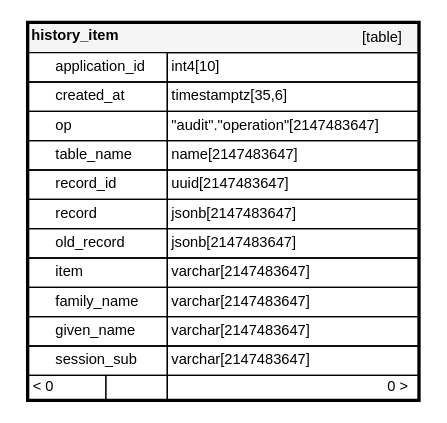
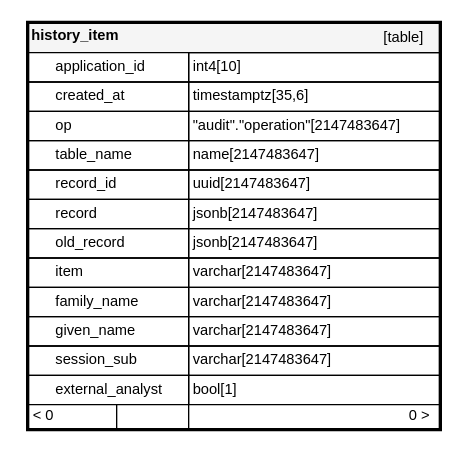
The diagram in schemaspy/ccbc_public/diagrams/orphans/orphans.dot (bcgov/CONN-CCBC-portal), drawn with Graphviz before and after one commit. The commit also changed 68 other files, not shown here.

```diff
--- a/schemaspy/ccbc_public/diagrams/orphans/orphans.dot
+++ b/schemaspy/ccbc_public/diagrams/orphans/orphans.dot
@@ -1,24 +1,25 @@
 digraph "orphans" {
   graph [    rankdir="RL"    bgcolor="#ffffff"    nodesep="0.18"    ranksep="0.46"    fontname="Helvetica"    fontsize="11"    ration="compress"  ];  node [    fontname="Helvetica"    fontsize="11"    shape="plaintext"  ];  edge [    arrowsize="0.8"  ];
   "history_item" [
    label=<
     <TABLE BORDER="2" CELLBORDER="1" CELLSPACING="0" BGCOLOR="#ffffff">
       <TR><TD COLSPAN="4"  BGCOLOR="#f5f5f5"><TABLE BORDER="0" CELLSPACING="0"><TR><TD ALIGN="LEFT" FIXEDSIZE="TRUE" WIDTH="75" HEIGHT="16"><B>history_item</B></TD><TD ALIGN="RIGHT">[table]</TD></TR></TABLE></TD></TR>
-      <TR><TD PORT="application_id" COLSPAN="2" BGCOLOR="#ffffff" ALIGN="LEFT"><TABLE BORDER="0" CELLSPACING="0" ALIGN="LEFT"><TR ALIGN="LEFT"><TD ALIGN="LEFT" FIXEDSIZE="TRUE" WIDTH="15" HEIGHT="16"></TD><TD ALIGN="LEFT" FIXEDSIZE="TRUE" WIDTH="83" HEIGHT="16">application_id</TD></TR></TABLE></TD><TD PORT="application_id.type" ALIGN="LEFT">int4[10]</TD></TR>
-      <TR><TD PORT="created_at" COLSPAN="2" ALIGN="LEFT"><TABLE BORDER="0" CELLSPACING="0" ALIGN="LEFT"><TR ALIGN="LEFT"><TD ALIGN="LEFT" FIXEDSIZE="TRUE" WIDTH="15" HEIGHT="16"></TD><TD ALIGN="LEFT" FIXEDSIZE="TRUE" WIDTH="83" HEIGHT="16">created_at</TD></TR></TABLE></TD><TD PORT="created_at.type" ALIGN="LEFT">timestamptz[35,6]</TD></TR>
-      <TR><TD PORT="op" COLSPAN="2" ALIGN="LEFT"><TABLE BORDER="0" CELLSPACING="0" ALIGN="LEFT"><TR ALIGN="LEFT"><TD ALIGN="LEFT" FIXEDSIZE="TRUE" WIDTH="15" HEIGHT="16"></TD><TD ALIGN="LEFT" FIXEDSIZE="TRUE" WIDTH="83" HEIGHT="16">op</TD></TR></TABLE></TD><TD PORT="op.type" ALIGN="LEFT">&quot;audit&quot;.&quot;operation&quot;[2147483647]</TD></TR>
-      <TR><TD PORT="table_name" COLSPAN="2" ALIGN="LEFT"><TABLE BORDER="0" CELLSPACING="0" ALIGN="LEFT"><TR ALIGN="LEFT"><TD ALIGN="LEFT" FIXEDSIZE="TRUE" WIDTH="15" HEIGHT="16"></TD><TD ALIGN="LEFT" FIXEDSIZE="TRUE" WIDTH="83" HEIGHT="16">table_name</TD></TR></TABLE></TD><TD PORT="table_name.type" ALIGN="LEFT">name[2147483647]</TD></TR>
-      <TR><TD PORT="record_id" COLSPAN="2" ALIGN="LEFT"><TABLE BORDER="0" CELLSPACING="0" ALIGN="LEFT"><TR ALIGN="LEFT"><TD ALIGN="LEFT" FIXEDSIZE="TRUE" WIDTH="15" HEIGHT="16"></TD><TD ALIGN="LEFT" FIXEDSIZE="TRUE" WIDTH="83" HEIGHT="16">record_id</TD></TR></TABLE></TD><TD PORT="record_id.type" ALIGN="LEFT">uuid[2147483647]</TD></TR>
-      <TR><TD PORT="record" COLSPAN="2" ALIGN="LEFT"><TABLE BORDER="0" CELLSPACING="0" ALIGN="LEFT"><TR ALIGN="LEFT"><TD ALIGN="LEFT" FIXEDSIZE="TRUE" WIDTH="15" HEIGHT="16"></TD><TD ALIGN="LEFT" FIXEDSIZE="TRUE" WIDTH="83" HEIGHT="16">record</TD></TR></TABLE></TD><TD PORT="record.type" ALIGN="LEFT">jsonb[2147483647]</TD></TR>
-      <TR><TD PORT="old_record" COLSPAN="2" ALIGN="LEFT"><TABLE BORDER="0" CELLSPACING="0" ALIGN="LEFT"><TR ALIGN="LEFT"><TD ALIGN="LEFT" FIXEDSIZE="TRUE" WIDTH="15" HEIGHT="16"></TD><TD ALIGN="LEFT" FIXEDSIZE="TRUE" WIDTH="83" HEIGHT="16">old_record</TD></TR></TABLE></TD><TD PORT="old_record.type" ALIGN="LEFT">jsonb[2147483647]</TD></TR>
-      <TR><TD PORT="item" COLSPAN="2" ALIGN="LEFT"><TABLE BORDER="0" CELLSPACING="0" ALIGN="LEFT"><TR ALIGN="LEFT"><TD ALIGN="LEFT" FIXEDSIZE="TRUE" WIDTH="15" HEIGHT="16"></TD><TD ALIGN="LEFT" FIXEDSIZE="TRUE" WIDTH="83" HEIGHT="16">item</TD></TR></TABLE></TD><TD PORT="item.type" ALIGN="LEFT">varchar[2147483647]</TD></TR>
-      <TR><TD PORT="family_name" COLSPAN="2" ALIGN="LEFT"><TABLE BORDER="0" CELLSPACING="0" ALIGN="LEFT"><TR ALIGN="LEFT"><TD ALIGN="LEFT" FIXEDSIZE="TRUE" WIDTH="15" HEIGHT="16"></TD><TD ALIGN="LEFT" FIXEDSIZE="TRUE" WIDTH="83" HEIGHT="16">family_name</TD></TR></TABLE></TD><TD PORT="family_name.type" ALIGN="LEFT">varchar[2147483647]</TD></TR>
-      <TR><TD PORT="given_name" COLSPAN="2" ALIGN="LEFT"><TABLE BORDER="0" CELLSPACING="0" ALIGN="LEFT"><TR ALIGN="LEFT"><TD ALIGN="LEFT" FIXEDSIZE="TRUE" WIDTH="15" HEIGHT="16"></TD><TD ALIGN="LEFT" FIXEDSIZE="TRUE" WIDTH="83" HEIGHT="16">given_name</TD></TR></TABLE></TD><TD PORT="given_name.type" ALIGN="LEFT">varchar[2147483647]</TD></TR>
-      <TR><TD PORT="session_sub" COLSPAN="2" ALIGN="LEFT"><TABLE BORDER="0" CELLSPACING="0" ALIGN="LEFT"><TR ALIGN="LEFT"><TD ALIGN="LEFT" FIXEDSIZE="TRUE" WIDTH="15" HEIGHT="16"></TD><TD ALIGN="LEFT" FIXEDSIZE="TRUE" WIDTH="83" HEIGHT="16">session_sub</TD></TR></TABLE></TD><TD PORT="session_sub.type" ALIGN="LEFT">varchar[2147483647]</TD></TR>
+      <TR><TD PORT="application_id" COLSPAN="2" BGCOLOR="#ffffff" ALIGN="LEFT"><TABLE BORDER="0" CELLSPACING="0" ALIGN="LEFT"><TR ALIGN="LEFT"><TD ALIGN="LEFT" FIXEDSIZE="TRUE" WIDTH="15" HEIGHT="16"></TD><TD ALIGN="LEFT" FIXEDSIZE="TRUE" WIDTH="99" HEIGHT="16">application_id</TD></TR></TABLE></TD><TD PORT="application_id.type" ALIGN="LEFT">int4[10]</TD></TR>
+      <TR><TD PORT="created_at" COLSPAN="2" ALIGN="LEFT"><TABLE BORDER="0" CELLSPACING="0" ALIGN="LEFT"><TR ALIGN="LEFT"><TD ALIGN="LEFT" FIXEDSIZE="TRUE" WIDTH="15" HEIGHT="16"></TD><TD ALIGN="LEFT" FIXEDSIZE="TRUE" WIDTH="99" HEIGHT="16">created_at</TD></TR></TABLE></TD><TD PORT="created_at.type" ALIGN="LEFT">timestamptz[35,6]</TD></TR>
+      <TR><TD PORT="op" COLSPAN="2" ALIGN="LEFT"><TABLE BORDER="0" CELLSPACING="0" ALIGN="LEFT"><TR ALIGN="LEFT"><TD ALIGN="LEFT" FIXEDSIZE="TRUE" WIDTH="15" HEIGHT="16"></TD><TD ALIGN="LEFT" FIXEDSIZE="TRUE" WIDTH="99" HEIGHT="16">op</TD></TR></TABLE></TD><TD PORT="op.type" ALIGN="LEFT">&quot;audit&quot;.&quot;operation&quot;[2147483647]</TD></TR>
+      <TR><TD PORT="table_name" COLSPAN="2" ALIGN="LEFT"><TABLE BORDER="0" CELLSPACING="0" ALIGN="LEFT"><TR ALIGN="LEFT"><TD ALIGN="LEFT" FIXEDSIZE="TRUE" WIDTH="15" HEIGHT="16"></TD><TD ALIGN="LEFT" FIXEDSIZE="TRUE" WIDTH="99" HEIGHT="16">table_name</TD></TR></TABLE></TD><TD PORT="table_name.type" ALIGN="LEFT">name[2147483647]</TD></TR>
+      <TR><TD PORT="record_id" COLSPAN="2" ALIGN="LEFT"><TABLE BORDER="0" CELLSPACING="0" ALIGN="LEFT"><TR ALIGN="LEFT"><TD ALIGN="LEFT" FIXEDSIZE="TRUE" WIDTH="15" HEIGHT="16"></TD><TD ALIGN="LEFT" FIXEDSIZE="TRUE" WIDTH="99" HEIGHT="16">record_id</TD></TR></TABLE></TD><TD PORT="record_id.type" ALIGN="LEFT">uuid[2147483647]</TD></TR>
+      <TR><TD PORT="record" COLSPAN="2" ALIGN="LEFT"><TABLE BORDER="0" CELLSPACING="0" ALIGN="LEFT"><TR ALIGN="LEFT"><TD ALIGN="LEFT" FIXEDSIZE="TRUE" WIDTH="15" HEIGHT="16"></TD><TD ALIGN="LEFT" FIXEDSIZE="TRUE" WIDTH="99" HEIGHT="16">record</TD></TR></TABLE></TD><TD PORT="record.type" ALIGN="LEFT">jsonb[2147483647]</TD></TR>
+      <TR><TD PORT="old_record" COLSPAN="2" ALIGN="LEFT"><TABLE BORDER="0" CELLSPACING="0" ALIGN="LEFT"><TR ALIGN="LEFT"><TD ALIGN="LEFT" FIXEDSIZE="TRUE" WIDTH="15" HEIGHT="16"></TD><TD ALIGN="LEFT" FIXEDSIZE="TRUE" WIDTH="99" HEIGHT="16">old_record</TD></TR></TABLE></TD><TD PORT="old_record.type" ALIGN="LEFT">jsonb[2147483647]</TD></TR>
+      <TR><TD PORT="item" COLSPAN="2" ALIGN="LEFT"><TABLE BORDER="0" CELLSPACING="0" ALIGN="LEFT"><TR ALIGN="LEFT"><TD ALIGN="LEFT" FIXEDSIZE="TRUE" WIDTH="15" HEIGHT="16"></TD><TD ALIGN="LEFT" FIXEDSIZE="TRUE" WIDTH="99" HEIGHT="16">item</TD></TR></TABLE></TD><TD PORT="item.type" ALIGN="LEFT">varchar[2147483647]</TD></TR>
+      <TR><TD PORT="family_name" COLSPAN="2" ALIGN="LEFT"><TABLE BORDER="0" CELLSPACING="0" ALIGN="LEFT"><TR ALIGN="LEFT"><TD ALIGN="LEFT" FIXEDSIZE="TRUE" WIDTH="15" HEIGHT="16"></TD><TD ALIGN="LEFT" FIXEDSIZE="TRUE" WIDTH="99" HEIGHT="16">family_name</TD></TR></TABLE></TD><TD PORT="family_name.type" ALIGN="LEFT">varchar[2147483647]</TD></TR>
+      <TR><TD PORT="given_name" COLSPAN="2" ALIGN="LEFT"><TABLE BORDER="0" CELLSPACING="0" ALIGN="LEFT"><TR ALIGN="LEFT"><TD ALIGN="LEFT" FIXEDSIZE="TRUE" WIDTH="15" HEIGHT="16"></TD><TD ALIGN="LEFT" FIXEDSIZE="TRUE" WIDTH="99" HEIGHT="16">given_name</TD></TR></TABLE></TD><TD PORT="given_name.type" ALIGN="LEFT">varchar[2147483647]</TD></TR>
+      <TR><TD PORT="session_sub" COLSPAN="2" ALIGN="LEFT"><TABLE BORDER="0" CELLSPACING="0" ALIGN="LEFT"><TR ALIGN="LEFT"><TD ALIGN="LEFT" FIXEDSIZE="TRUE" WIDTH="15" HEIGHT="16"></TD><TD ALIGN="LEFT" FIXEDSIZE="TRUE" WIDTH="99" HEIGHT="16">session_sub</TD></TR></TABLE></TD><TD PORT="session_sub.type" ALIGN="LEFT">varchar[2147483647]</TD></TR>
+      <TR><TD PORT="external_analyst" COLSPAN="2" ALIGN="LEFT"><TABLE BORDER="0" CELLSPACING="0" ALIGN="LEFT"><TR ALIGN="LEFT"><TD ALIGN="LEFT" FIXEDSIZE="TRUE" WIDTH="15" HEIGHT="16"></TD><TD ALIGN="LEFT" FIXEDSIZE="TRUE" WIDTH="99" HEIGHT="16">external_analyst</TD></TR></TABLE></TD><TD PORT="external_analyst.type" ALIGN="LEFT">bool[1]</TD></TR>
       <TR><TD ALIGN="LEFT" BGCOLOR="#ffffff">&lt; 0</TD><TD ALIGN="RIGHT" BGCOLOR="#ffffff">  </TD><TD ALIGN="RIGHT" BGCOLOR="#ffffff">0 &gt;</TD></TR>
     </TABLE>>
     URL="tables/history_item.html"
     target="_top"
     tooltip="history_item"
   ];
 }
```
